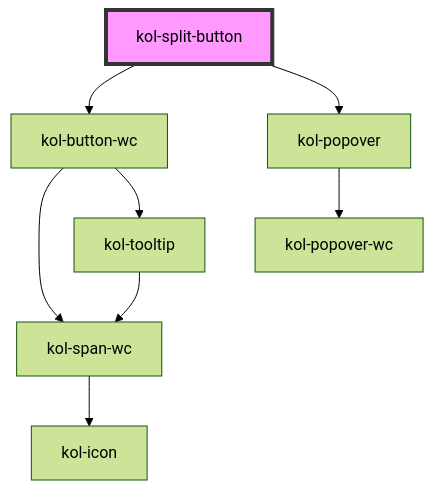
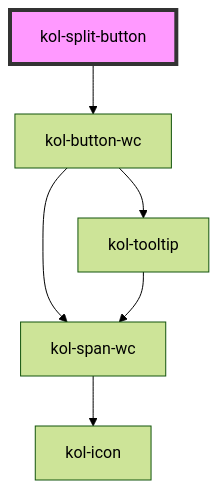
One commit to public-ui/kolibri changed the diagram in packages/components/src/components/split-button/readme.md. Above: the diagram before and after it, drawn with Mermaid (forest theme). The commit also changed other lines of this file and 5 other files, not shown here.

````diff
--- a/packages/components/src/components/split-button/readme.md
+++ b/packages/components/src/components/split-button/readme.md
@@ -74,11 +73,9 @@
 ```mermaid
 graph TD;
   kol-split-button --> kol-button-wc
-  kol-split-button --> kol-popover
   kol-button-wc --> kol-span-wc
   kol-button-wc --> kol-tooltip
   kol-span-wc --> kol-icon
   kol-tooltip --> kol-span-wc
-  kol-popover --> kol-popover-wc
   style kol-split-button fill:#f9f,stroke:#333,stroke-width:4px
 ```
````
